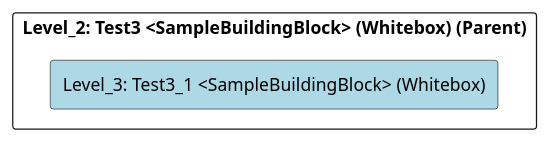
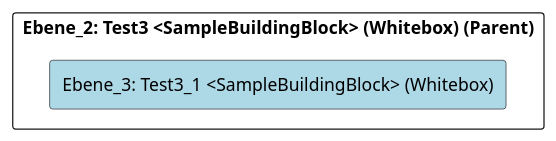
One commit to marcozwyssig/cleon changed the diagram in src/cleon.architecturemethods.arc42.sample/doc/cleon_architecturemethods_arc42_sample_arc42/adoc/de/05_bausteinsicht/chess/test3/test3_1/ebene_3_test3_1.adoc. Above: the diagram before and after it, drawn with PlantUML. The commit also changed other lines of this file and 214 other files, not shown here.

```diff
--- a/src/cleon.architecturemethods.arc42.sample/doc/cleon_architecturemethods_arc42_sample_arc42/adoc/de/05_bausteinsicht/chess/test3/test3_1/ebene_3_test3_1.adoc
+++ b/src/cleon.architecturemethods.arc42.sample/doc/cleon_architecturemethods_arc42_sample_arc42/adoc/de/05_bausteinsicht/chess/test3/test3_1/ebene_3_test3_1.adoc
@@ -20,24 +20,24 @@
-[plantuml, Level_3: Test3_1 <SampleBuildingBlock> (Whitebox)BlockOverview, format="svg"]
+[plantuml, Ebene_3: Test3_1 <SampleBuildingBlock> (Whitebox)BlockOverview, format="svg"]
 ----
-@startuml Level_3: Test3_1 <SampleBuildingBlock> (Whitebox)BuildingBlockOverview
+@startuml Ebene_3: Test3_1 <SampleBuildingBlock> (Whitebox)BuildingBlockOverview
 
 skinparam ranksep 10
 skinparam componentStyle rectangle
 skinparam shadowing false
 skinparam arrowColor lightblue
 skinparam arrowThickness 1.2
 skinparam rectangle {
   BackgroundColor White
   BorderColor #333
   RoundCorner 10
 }
 top to bottom direction
 
-component "Level_2: Test3 <SampleBuildingBlock> (Whitebox) (Parent)" {
-    component "Level_3: Test3_1 <SampleBuildingBlock> (Whitebox)" #lightblue {
+component "Ebene_2: Test3 <SampleBuildingBlock> (Whitebox) (Parent)" {
+    component "Ebene_3: Test3_1 <SampleBuildingBlock> (Whitebox)" #lightblue {
     }
 
 }
 
 @enduml
 ----
```
